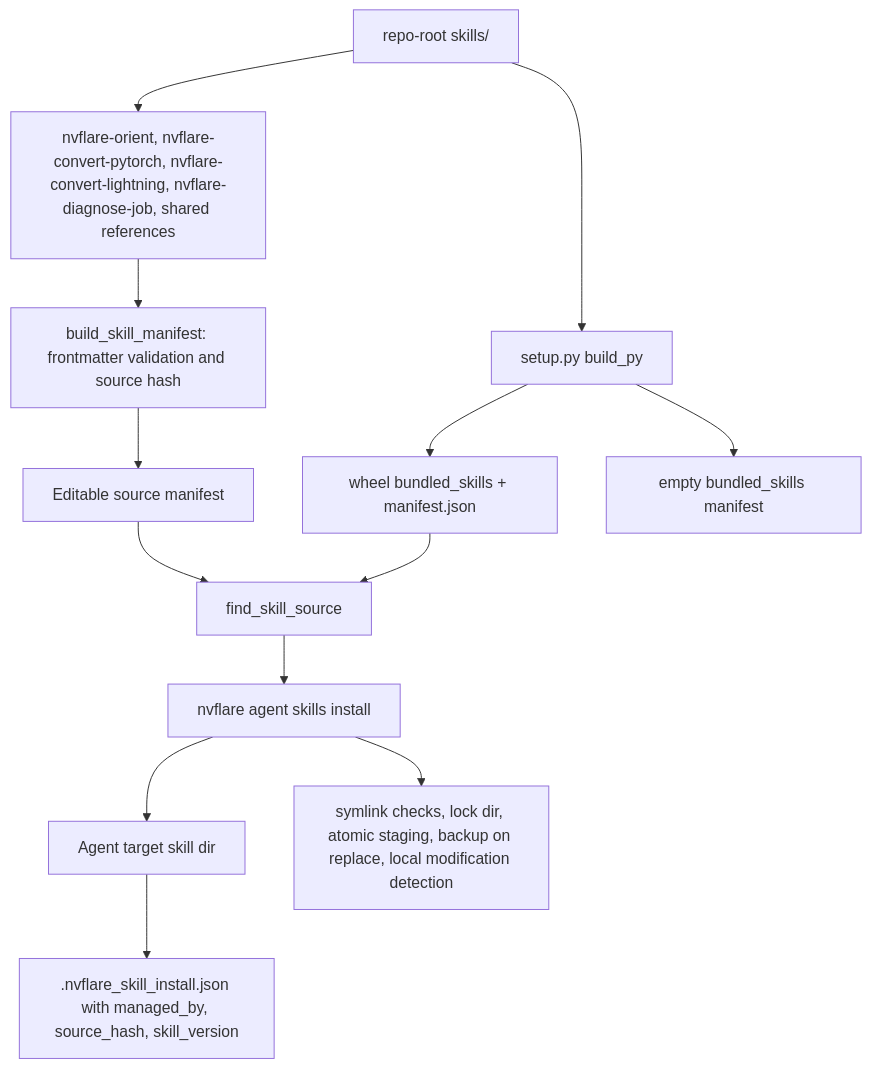
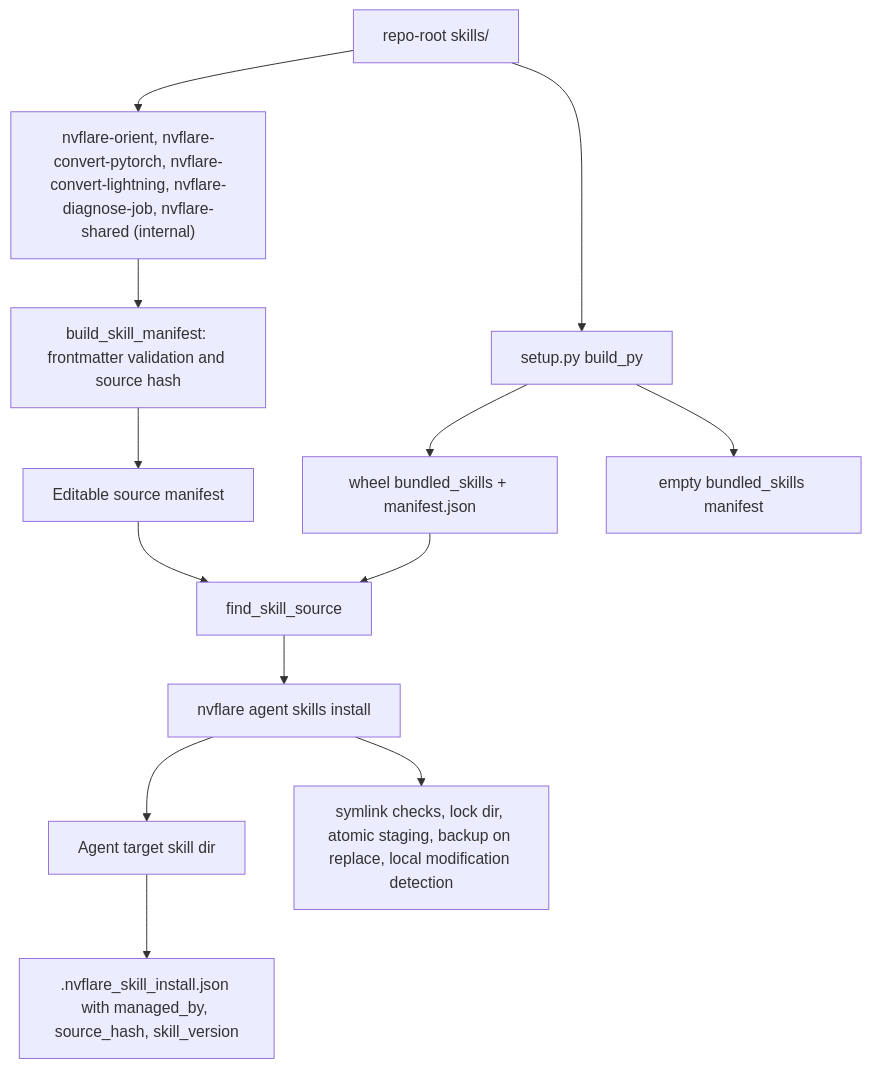
Before and after one commit to NVIDIA/NVFlare: the fourth of 5 diagrams in docs/design/skills_architecture.md, drawn with Mermaid. The commit also changed other lines of this file and 26 other files, not shown here.

First line of the commit message:
Structure shared skill content as a spec-compliant internal skill

````diff
--- a/docs/design/skills_architecture.md
+++ b/docs/design/skills_architecture.md
@@ -213,20 +214,20 @@
 ```mermaid
 flowchart TD
-    SkillsRoot["repo-root skills/"] --> SkillDirs["nvflare-orient, nvflare-convert-pytorch, nvflare-convert-lightning, nvflare-diagnose-job, shared references"]
+    SkillsRoot["repo-root skills/"] --> SkillDirs["nvflare-orient, nvflare-convert-pytorch, nvflare-convert-lightning, nvflare-diagnose-job, nvflare-shared (internal)"]
 
     SkillDirs --> ManifestBuild["build_skill_manifest: frontmatter validation and source hash"]
     ManifestBuild --> Editable["Editable source manifest"]
 
     SkillsRoot --> SetupPy["setup.py build_py"]
     SetupPy --> Bundle["wheel bundled_skills + manifest.json"]
     SetupPy --> EmptyBundle["empty bundled_skills manifest"]
 
     Editable --> FindSource["find_skill_source"]
     Bundle --> FindSource
 
     FindSource --> Install["nvflare agent skills install"]
     Install --> Target["Agent target skill dir"]
     Target --> InstallManifest[".nvflare_skill_install.json with managed_by, source_hash, skill_version"]
 
     Install --> Safety["symlink checks, lock dir, atomic staging, backup on replace, local modification detection"]
 ```
````
